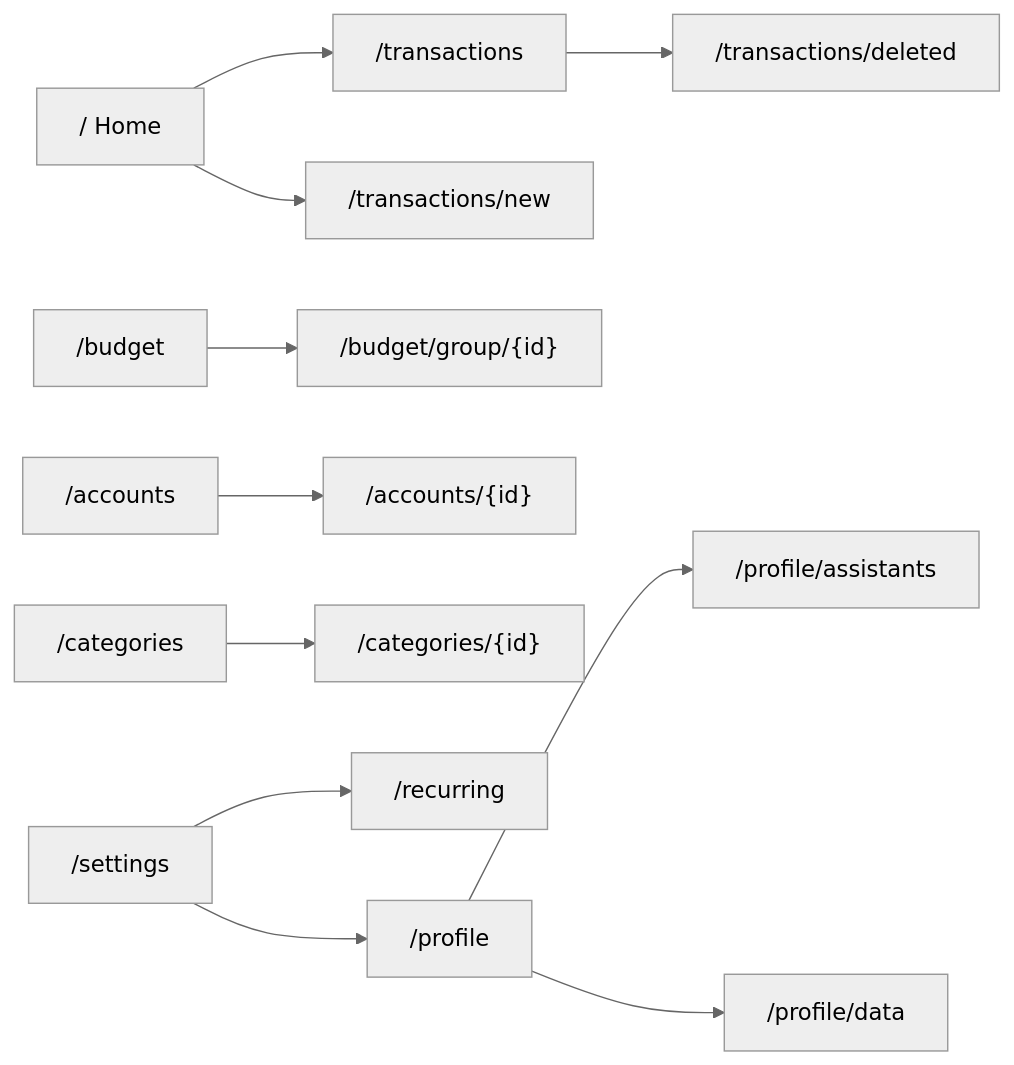
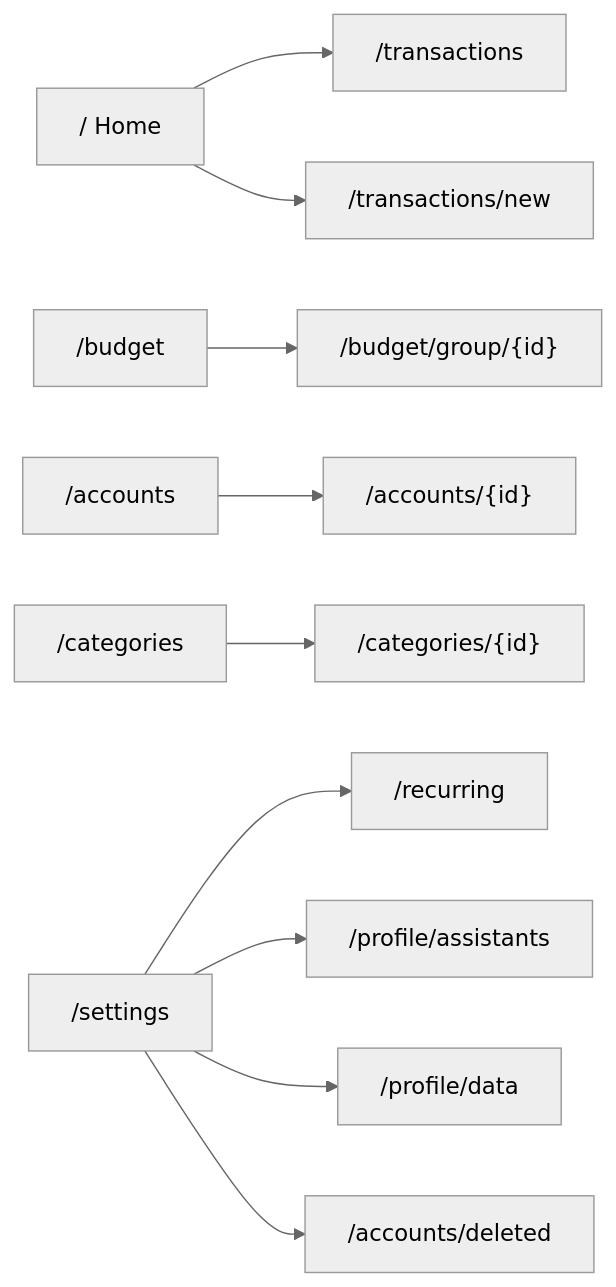
Before and after one commit to bijeshmohan/finode: the diagram in docs/architecture/web-ui.md, drawn with Mermaid (neutral theme). The commit also changed other lines of this file and 6 other files, not shown here.

````diff
--- a/docs/architecture/web-ui.md
+++ b/docs/architecture/web-ui.md
@@ -21,13 +21,12 @@
 ```mermaid
 flowchart LR
     Home["/ Home"] --> Tx["/transactions"]
     Home --> New["/transactions/new"]
     Budget["/budget"] --> Grp["/budget/group/{id}"]
     Accounts["/accounts"] --> Acc["/accounts/{id}"]
     Cats["/categories"] --> Cat["/categories/{id}"]
     Settings["/settings"] --> Rec["/recurring"]
-    Settings --> Prof["/profile"]
-    Prof --> Ass["/profile/assistants"]
-    Prof --> Dat["/profile/data"]
-    Tx --> Del["/transactions/deleted"]
+    Settings --> Ass["/profile/assistants"]
+    Settings --> Dat["/profile/data"]
+    Settings --> Del["/accounts/deleted"]
 ```
````
